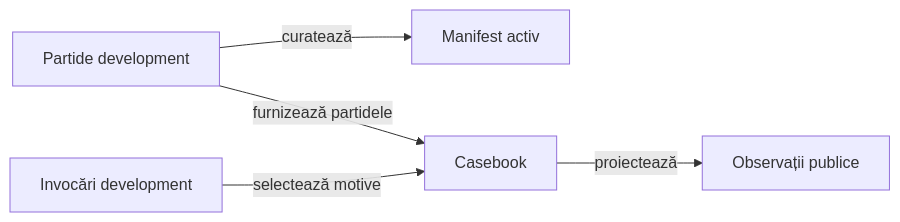
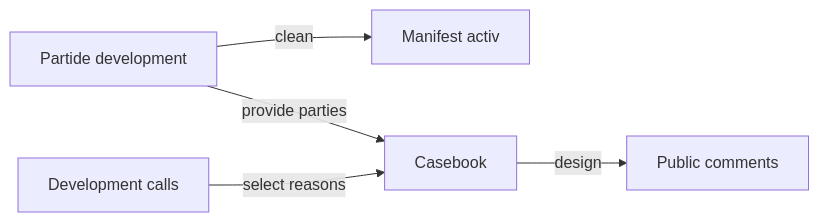
Before and after one commit to crististefanita/atf_j4: the diagram in docs/learning/ATF_Selection.md, drawn with Mermaid. The commit also changed other lines of this file and 122 other files, not shown here.

````diff
--- a/docs/learning/ATF_Selection.md
+++ b/docs/learning/ATF_Selection.md
@@ -17,7 +17,7 @@
 ```mermaid
 flowchart LR
-    ARCH[Partide development] -->|curatează| ACTIVE[Manifest activ]
-    RUN[Invocări development] -->|selectează motive| CASE[Casebook]
-    ARCH -->|furnizează partidele| CASE
-    CASE -->|proiectează| OBS[Observații publice]
+    ARCH[Partide development] -->|clean| ACTIVE[Manifest activ]
+    RUN[Development calls] -->|select reasons| CASE[Casebook]
+    ARCH -->|provide parties| CASE
+    CASE -->|design| OBS[Public comments]
 ```
````
